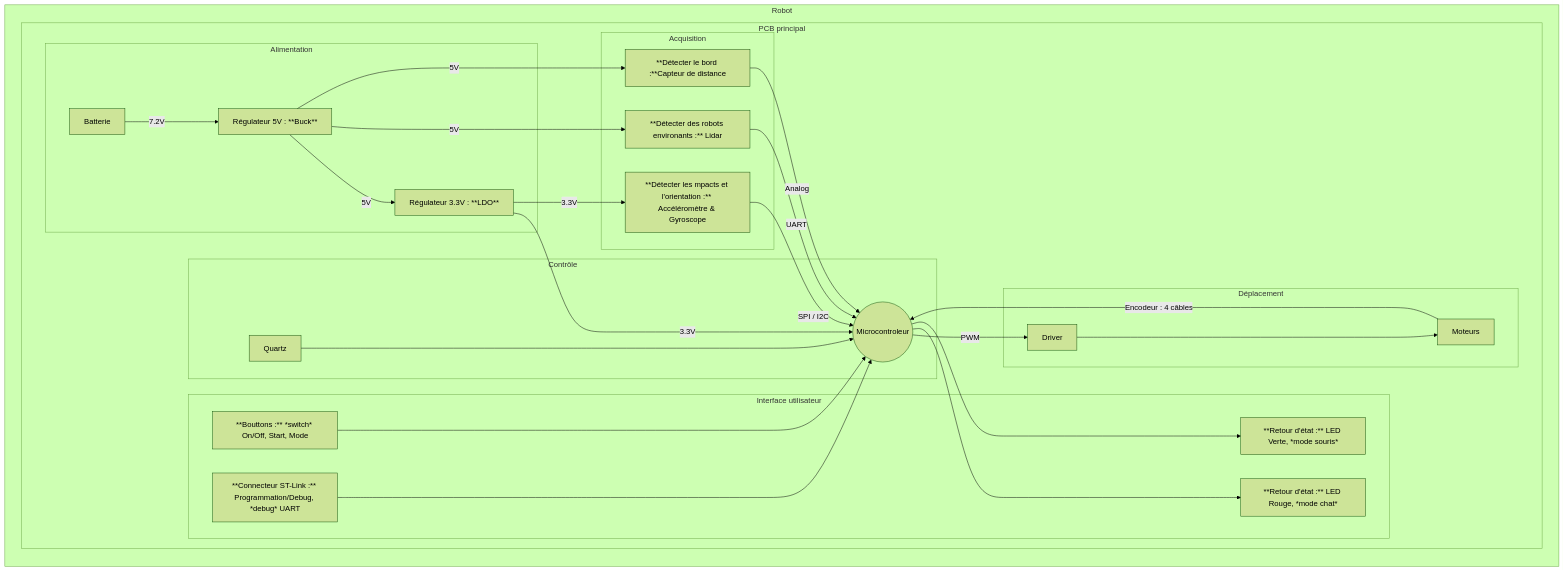
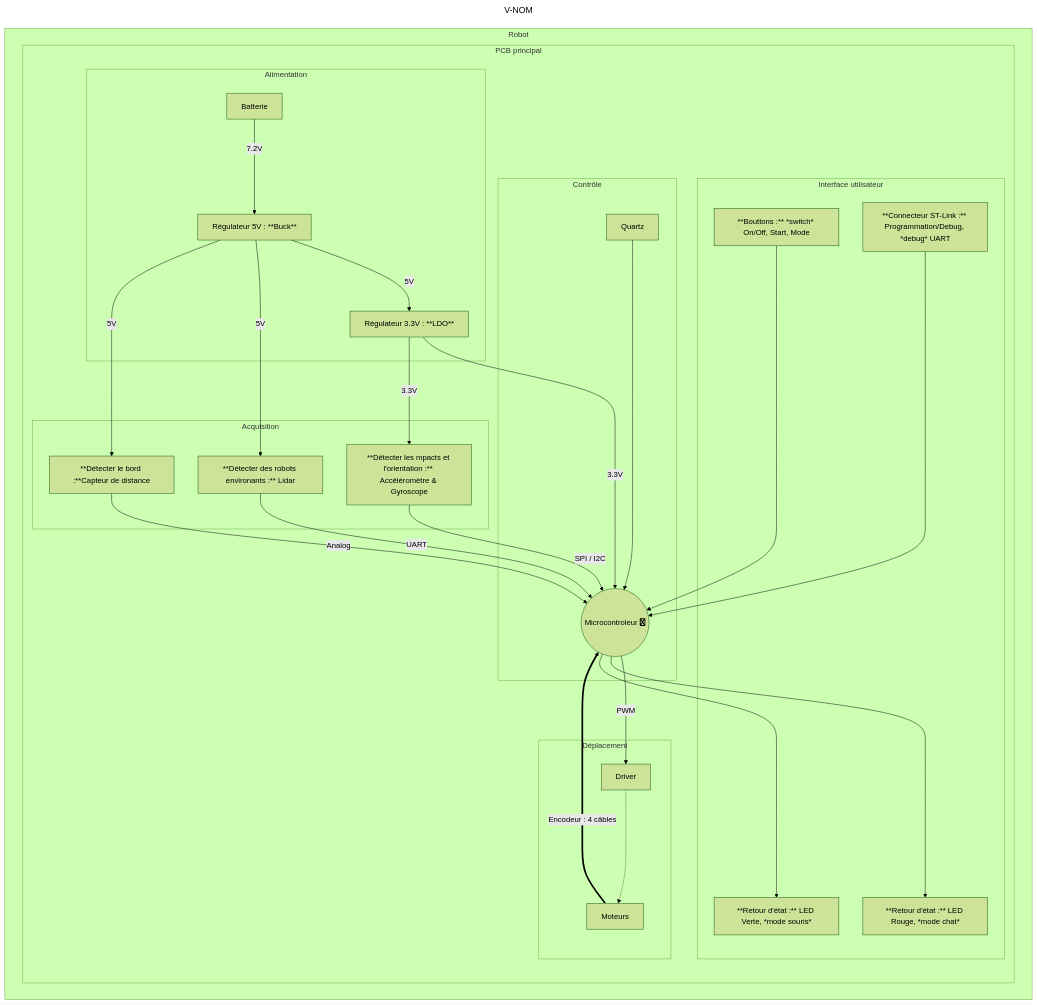
Before and after one commit to MohamedBenabdelhadi/2425_ESE_Projet_V-NOM: the diagram in README.md, drawn with Mermaid (forest theme).

Commit message:
Améliorations du diagramme d'architecture

````diff
--- a/README.md
+++ b/README.md
@@ -21,43 +21,47 @@
 ```mermaid
-graph LR;
+---
+title: V-NOM
+---
+
+graph TD;
 subgraph Robot
     subgraph PCB principal
-    subgraph Déplacement
-            D[Driver] ----> Mot[Moteurs];
+        subgraph Déplacement
+            D[Driver] -..-> Mot[Moteurs];
         end
 
         subgraph Contrôle
-            M((Microcontroleur)) -- PWM --> D;
+            M(("Microcontroleur fa:fa-twitter")) -- PWM --> D;
             Q[Quartz] ----> M;
         end
 
         subgraph Interface utilisateur
             M ----> LEDR[**Retour d'état :** LED Rouge, *mode chat*]
             M ----> LEDV[**Retour d'état :** LED Verte, *mode souris*]
             Bo[**Bouttons :** *switch* On/Off, Start, Mode] ----> M;
             Con[**Connecteur ST-Link :** Programmation/Debug, *debug* UART] ----> M;
         end
 
         subgraph Acquisition
             CD[**Détecter le bord :**Capteur de distance] -- Analog --> M;
             L[**Détecter des robots environants :** Lidar] -- UART --> M;
             AG[**Détecter les mpacts et l'orientation :** Accéléromètre & Gyroscope] -- SPI / I2C --> M;
         end
 
         subgraph Déplacement
-            Mot -- Encodeur : 4 câbles --> M;
+            Mot == Encodeur : 4 câbles ==> M;
         end
 
         subgraph Alimentation
             Batterie -- 7.2V --> R5V[Régulateur 5V : **Buck**];
             R5V -- 5V --> R3V[Régulateur 3.3V : **LDO**];
 
             R3V -- 3.3V --> M;
             R3V -- 3.3V --> AG;
 
             R5V -- 5V --> L;
             R5V -- 5V --> CD;
         end
     end
 end
 ```
````
